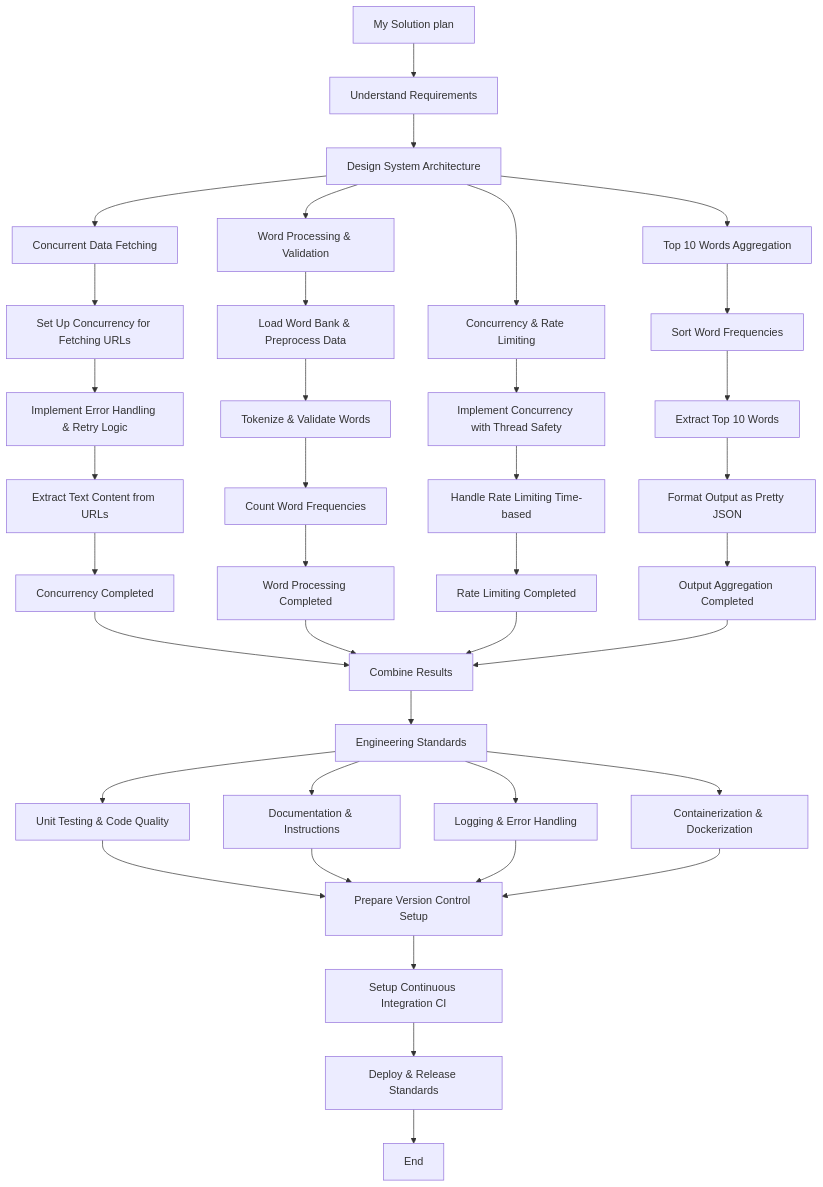
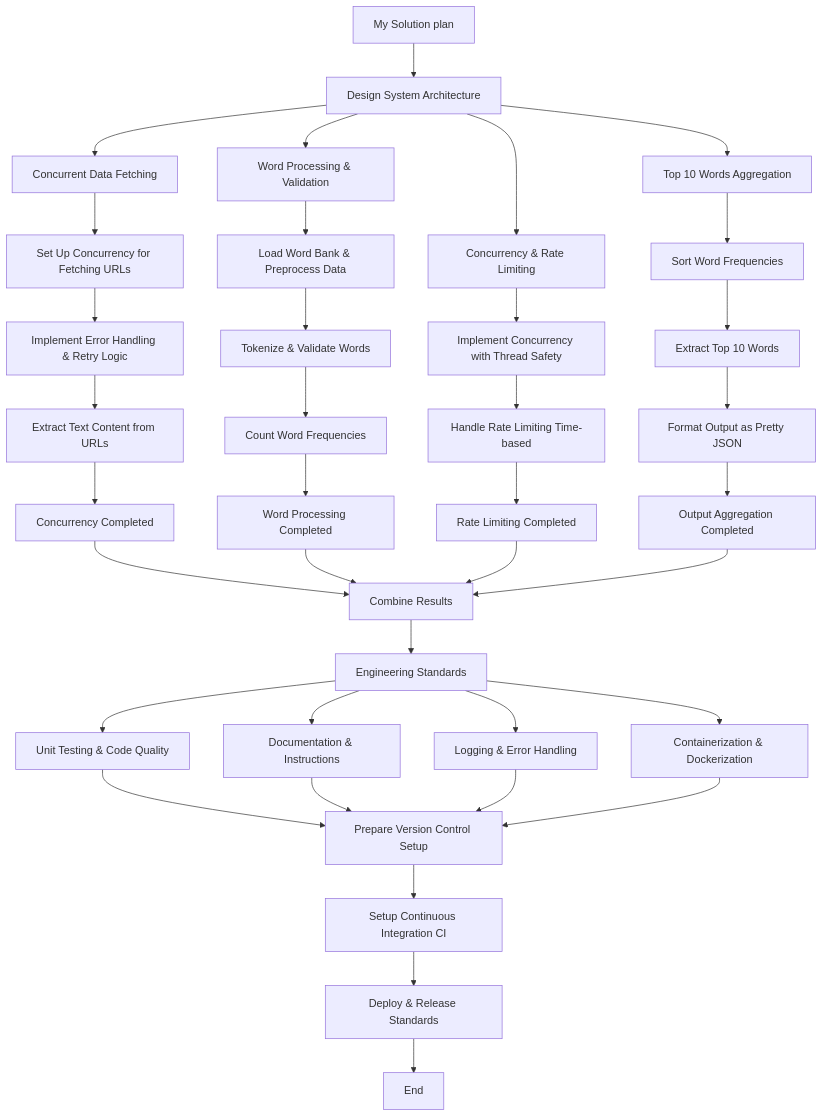
The diagram in README.md (seferovramin7/WordCounterProject), drawn with Mermaid before and after one commit.

````diff
--- a/README.md
+++ b/README.md
@@ -5,52 +5,51 @@
 ```mermaid
 graph TD
-    A[My Solution plan] --> B[Understand Requirements]
-    B --> C[Design System Architecture]
+    A[My Solution plan] --> C[Design System Architecture]
     
     C --> D1[Concurrent Data Fetching]
     C --> D2[Word Processing & Validation]
     C --> D3[Concurrency & Rate Limiting]
     C --> D4[Top 10 Words Aggregation]
     
     D1 --> E1[Set Up Concurrency for Fetching URLs]
     E1 --> F1[Implement Error Handling & Retry Logic]
     F1 --> G1[Extract Text Content from URLs]
     
     D2 --> E2[Load Word Bank & Preprocess Data]
     E2 --> F2[Tokenize & Validate Words]
     F2 --> G2[Count Word Frequencies]
     
     D3 --> E3[Implement Concurrency with Thread Safety]
     E3 --> F3[Handle Rate Limiting Time-based]
     
     D4 --> E4[Sort Word Frequencies]
     E4 --> F4[Extract Top 10 Words]
     F4 --> G4[Format Output as Pretty JSON]
     
     G1 --> H1[Concurrency Completed]
     G2 --> H2[Word Processing Completed]
     F3 --> H3[Rate Limiting Completed]
     G4 --> H4[Output Aggregation Completed]
     
     H1 --> I[Combine Results]
     H2 --> I
     H3 --> I
     H4 --> I
     
     I --> J[Engineering Standards]
     J --> K1[Unit Testing & Code Quality]
     J --> K2[Documentation & Instructions]
     J --> K3[Logging & Error Handling]
     J --> K4[Containerization & Dockerization]
     
     K1 --> L[Prepare Version Control Setup]
     K2 --> L
     K3 --> L
     K4 --> L
     
     L --> M[Setup Continuous Integration CI]
     M --> N[Deploy & Release Standards]
     N --> O[End]
 
 
 ```
````
